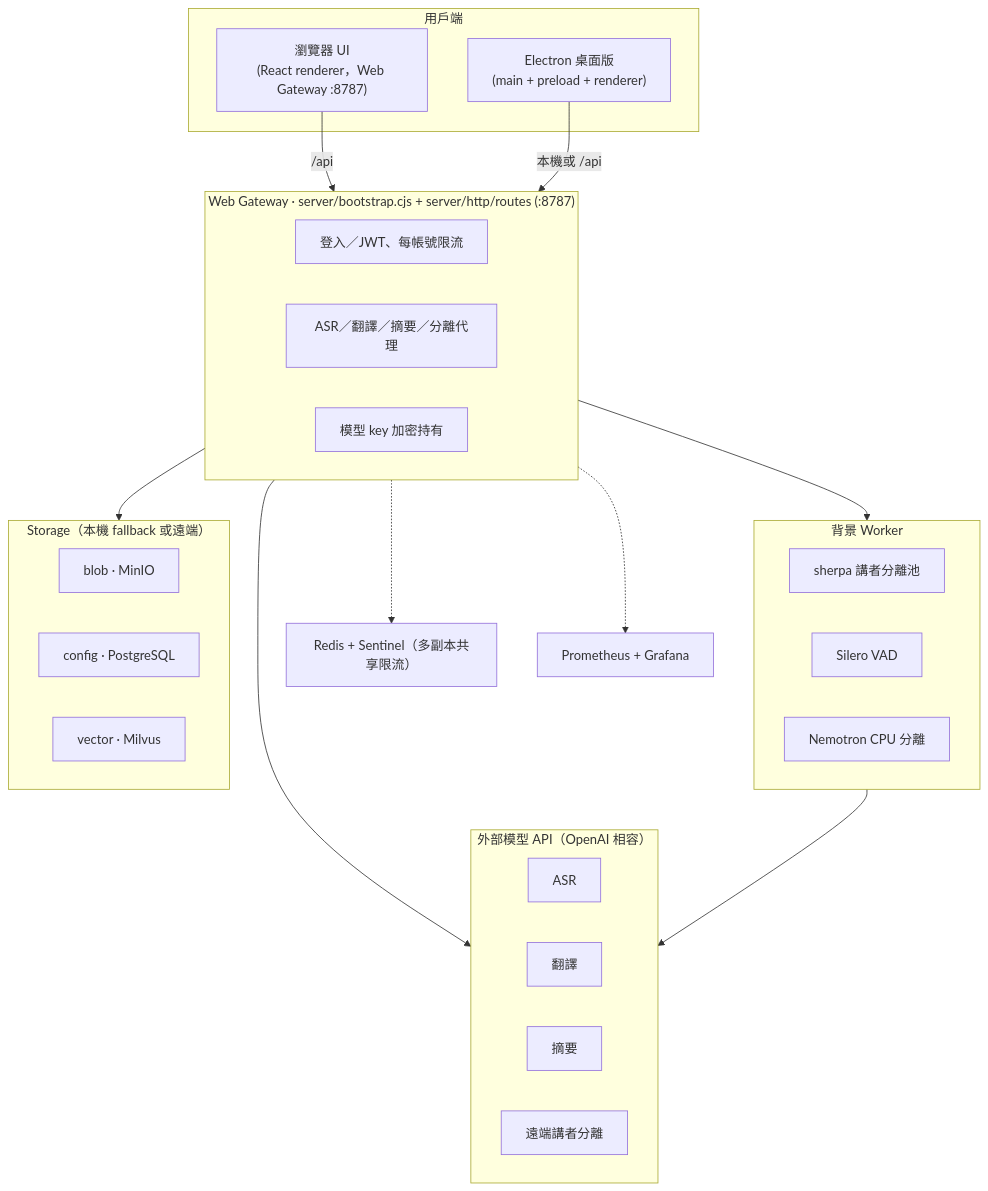
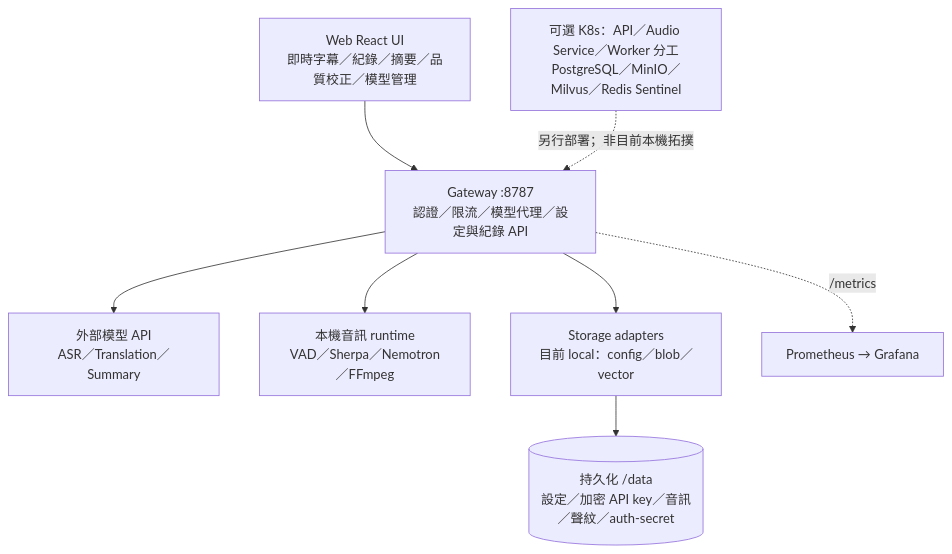
The diagram in README.md (joeyliang1024/S2T-UI), drawn with Mermaid before and after one commit. The commit also changed other lines of this file and 135 other files, not shown here.

````diff
--- a/README.md
+++ b/README.md
@@ -15,44 +16,10 @@
 ```mermaid
 flowchart TB
-    subgraph client["用戶端"]
-        browser["瀏覽器 UI<br/>(React renderer，Web Gateway :8787)"]
-        electron["Electron 桌面版<br/>(main + preload + renderer)"]
-    end
-
-    subgraph gateway["Web Gateway · server/bootstrap.cjs + server/http/routes (:8787)"]
-        auth["登入／JWT、每帳號限流"]
-        proxy["ASR／翻譯／摘要／分離代理"]
-        cred["模型 key 加密持有"]
-    end
-
-    subgraph workers["背景 Worker"]
-        sherpa["sherpa 講者分離池"]
-        silero["Silero VAD"]
-        nemotron["Nemotron CPU 分離"]
-    end
-
-    subgraph storage["Storage（本機 fallback 或遠端）"]
-        blob["blob · MinIO"]
-        config["config · PostgreSQL"]
-        vector["vector · Milvus"]
-    end
-
-    subgraph models["外部模型 API（OpenAI 相容）"]
-        asr["ASR"]
-        trans["翻譯"]
-        summ["摘要"]
-        dia["遠端講者分離"]
-    end
-
-    infra["Redis + Sentinel（多副本共享限流）"]
-    monitor["Prometheus + Grafana"]
-
-    browser -- "/api" --> gateway
-    electron -- "本機或 /api" --> gateway
-    gateway --> workers
-    gateway --> models
-    workers --> models
-    gateway --> storage
-    gateway -.-> infra
-    gateway -.-> monitor
+  UI["Web React UI<br/>即時字幕／紀錄／摘要／品質校正／模型管理"] --> AP["Gateway :8787<br/>認證／限流／模型代理／設定與紀錄 API"]
+  AP --> MODEL["外部模型 API<br/>ASR／Translation／Summary"]
+  AP --> AUDIO["本機音訊 runtime<br/>VAD／Sherpa／Nemotron／FFmpeg"]
+  AP --> STORE["Storage adapters<br/>目前 local：config／blob／vector"]
+  STORE --> VOL[("持久化 /data<br/>設定／加密 API key／音訊／聲紋／auth-secret")]
+  AP -. "/metrics" .-> PROM["Prometheus → Grafana"]
+  SCALE["可選 K8s：API／Audio Service／Worker 分工<br/>PostgreSQL／MinIO／Milvus／Redis Sentinel"] -. "另行部署；非目前本機拓撲" .-> AP
 ```
````
